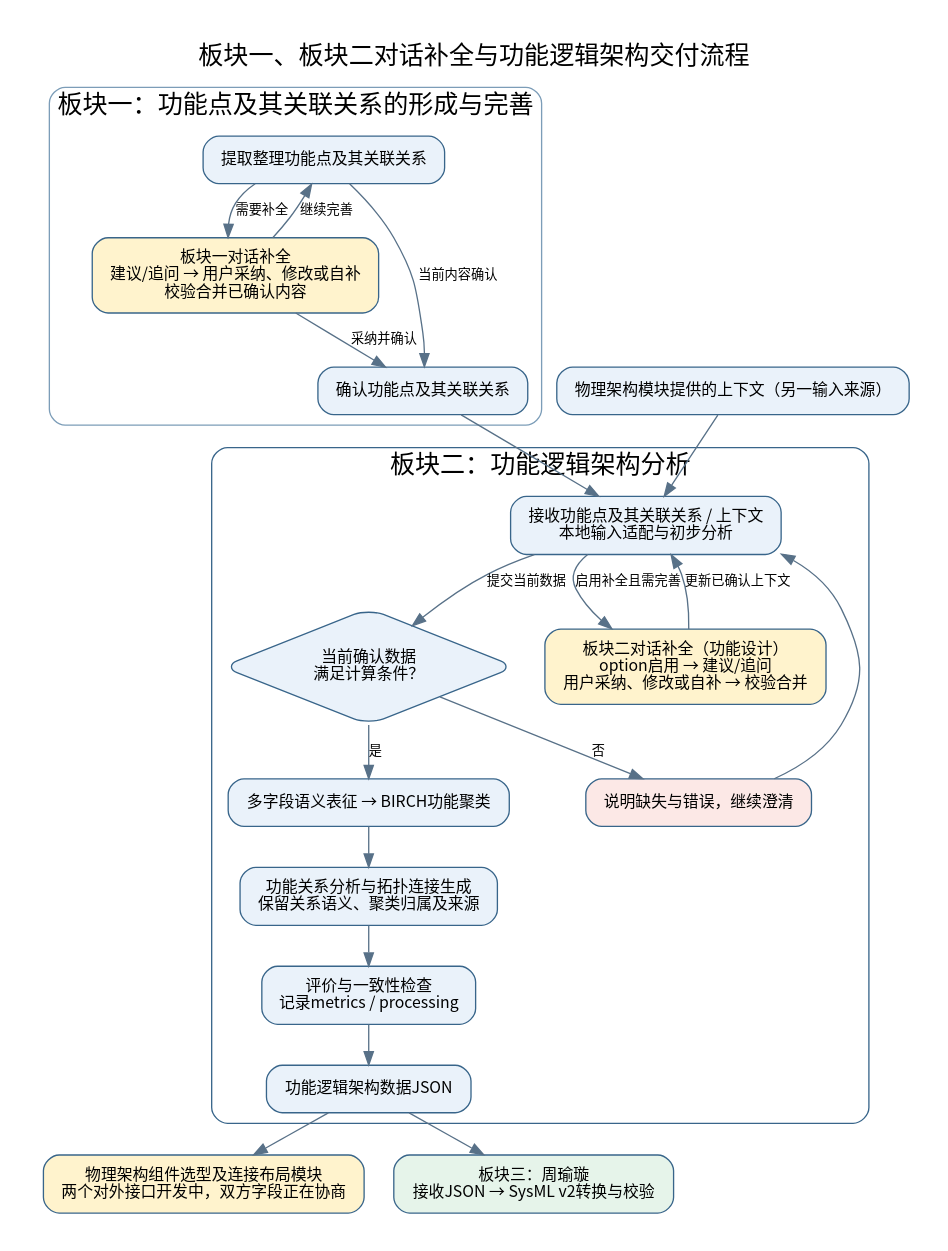
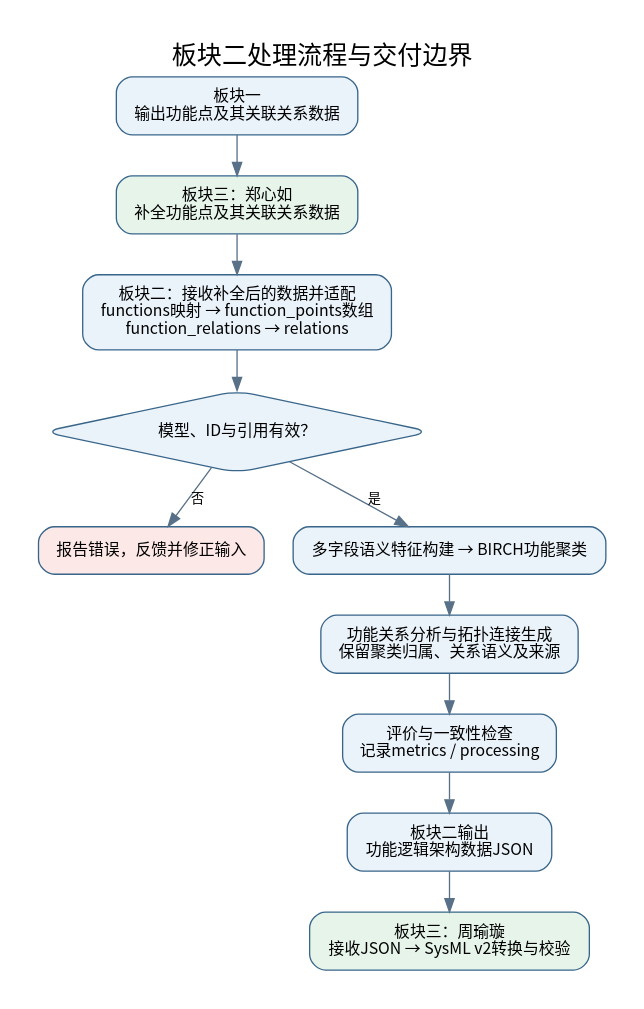
Before and after one commit to yueyunsun77-debug/yueyunsun77-debug: the diagram in 板块二进度说明/01_板块二总体流程.dot, drawn with Graphviz. The commit also changed 10 other files, not shown here.

Commit message:
docs: 修正郑心如补全与周瑜璇接收的数据流并简化流程图

```diff
--- a/板块二进度说明/01_板块二总体流程.dot
+++ b/板块二进度说明/01_板块二总体流程.dot
@@ -1,31 +1,17 @@
 digraph G {
 graph [rankdir=TB,bgcolor="white",pad=0.3,nodesep=0.3,ranksep=0.4,fontname="Noto Sans CJK SC",fontsize=19];
 node [shape=box,style="rounded,filled",fillcolor="#EAF2FA",color="#38658A",fontname="Noto Sans CJK SC",fontsize=12,margin="0.18,0.12"];
 edge [color="#587188",fontname="Noto Sans CJK SC",fontsize=10];
-label="板块一、板块二对话补全与功能逻辑架构交付流程";labelloc=t;
-subgraph cluster_one {
- label="板块一：功能点及其关联关系的形成与完善";color="#7C9DB8";style=rounded;
- a[label="提取整理功能点及其关联关系"];
- a1[label="板块一对话补全\n建议/追问 → 用户采纳、修改或自补\n校验合并已确认内容",fillcolor="#FFF3CD"];
- a2[label="确认功能点及其关联关系"];
- a->a1[label="需要补全"];a1->a[label="继续完善"];a->a2[label="当前内容确认"];a1->a2[label="采纳并确认"];
+label="板块二处理流程与交付边界";labelloc=t;
+a[label="板块一\n输出功能点及其关联关系数据"];
+z[label="板块三：郑心如\n补全功能点及其关联关系数据",fillcolor="#E6F4EA"];
+b[label="板块二：接收补全后的数据并适配\nfunctions映射 → function_points数组\nfunction_relations → relations"];
+c[shape=diamond,label="模型、ID与引用有效？"];
+d[label="报告错误，反馈并修正输入",fillcolor="#FCE8E6"];
+e[label="多字段语义特征构建 → BIRCH功能聚类"];
+f[label="功能关系分析与拓扑连接生成\n保留聚类归属、关系语义及来源"];
+g[label="评价与一致性检查\n记录metrics / processing"];
+h[label="板块二输出\n功能逻辑架构数据JSON"];
+j[label="板块三：周瑜璇\n接收JSON → SysML v2转换与校验",fillcolor="#E6F4EA"];
+a->z->b->c;c->d[label="否"];c->e[label="是"];e->f->g->h->j;
 }
-q[label="物理架构模块提供的上下文（另一输入来源）"];
-subgraph cluster_two {
- label="板块二：功能逻辑架构分析";color="#38658A";style=rounded;
- b[label="接收功能点及其关联关系 / 上下文\n本地输入适配与初步分析"];
- k[label="板块二对话补全（功能设计）\noption启用 → 建议/追问\n用户采纳、修改或自补 → 校验合并",fillcolor="#FFF3CD"];
- c[shape=diamond,label="当前确认数据\n满足计算条件？"];
- d[label="说明缺失与错误，继续澄清",fillcolor="#FCE8E6"];
- e[label="多字段语义表征 → BIRCH功能聚类"];
- f[label="功能关系分析与拓扑连接生成\n保留关系语义、聚类归属及来源"];
- g[label="评价与一致性检查\n记录metrics / processing"];
- h[label="功能逻辑架构数据JSON"];
- b->k[label="启用补全且需完善"];k->b[label="更新已确认上下文"];
- b->c[label="提交当前数据"];c->d[label="否"];d->b;c->e[label="是"];e->f->g->h;
-}
-a2->b;q->b;
-i[label="物理架构组件选型及连接布局模块\n两个对外接口开发中，双方字段正在协商",fillcolor="#FFF3CD"];
-j[label="板块三：周瑜璇\n接收JSON → SysML v2转换与校验",fillcolor="#E6F4EA"];
-h->i;h->j;
-}
```
